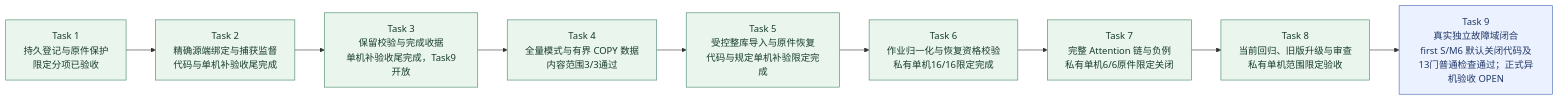
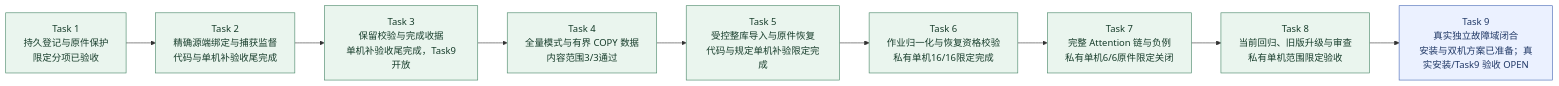
The second of 9 diagrams in docs/KnowWeave实施路线与系统架构.md (MansurnamedZhang/learning-system-p0c4), drawn with Mermaid before and after one commit. The commit also changed other lines of this file and 10 other files, not shown here.

````diff
--- a/docs/KnowWeave实施路线与系统架构.md
+++ b/docs/KnowWeave实施路线与系统架构.md
@@ -80,25 +80,25 @@
 ```mermaid
 flowchart LR
     C4T1["Task 1<br/>持久登记与原件保护<br/>限定分项已验收"]
     C4T2["Task 2<br/>精确源端绑定与捕获监督<br/>代码与单机补验收尾完成"]
     C4T3["Task 3<br/>保留校验与完成收据<br/>单机补验收尾完成，Task9开放"]
     C4T4["Task 4<br/>全量模式与有界 COPY 数据<br/>内容范围3/3通过"]
     C4T5["Task 5<br/>受控整库导入与原件恢复<br/>代码与规定单机补验限定完成"]
     C4T6["Task 6<br/>作业归一化与恢复资格校验<br/>私有单机16/16限定完成"]
     C4T7["Task 7<br/>完整 Attention 链与负例<br/>私有单机6/6原件限定关闭"]
     C4T8["Task 8<br/>当前回归、旧版升级与审查<br/>私有单机范围限定验收"]
-    C4T9["Task 9<br/>真实独立故障域闭合<br/>first S/M6 默认关闭代码及13门普通检查通过；正式异机验收 OPEN"]
+    C4T9["Task 9<br/>真实独立故障域闭合<br/>安装与双机方案已准备；真实安装/Task9 验收 OPEN"]
     C4T1 --> C4T2
     C4T2 --> C4T3
     C4T3 --> C4T4
     C4T4 --> C4T5
     C4T5 --> C4T6
     C4T6 --> C4T7
     C4T7 --> C4T8
     C4T8 --> C4T9
     class C4T1,C4T2,C4T3,C4T4,C4T5,C4T6,C4T7,C4T8 done
     class C4T9 next
     classDef done fill:#eaf5ee,stroke:#438363,color:#173d2b
     classDef next fill:#ebf1ff,stroke:#4365b4,color:#203866
     classDef planned fill:#f2f4f8,stroke:#8591a3,color:#28354b
 ```
````
